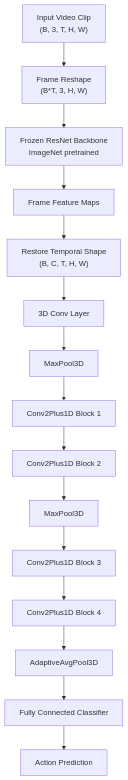
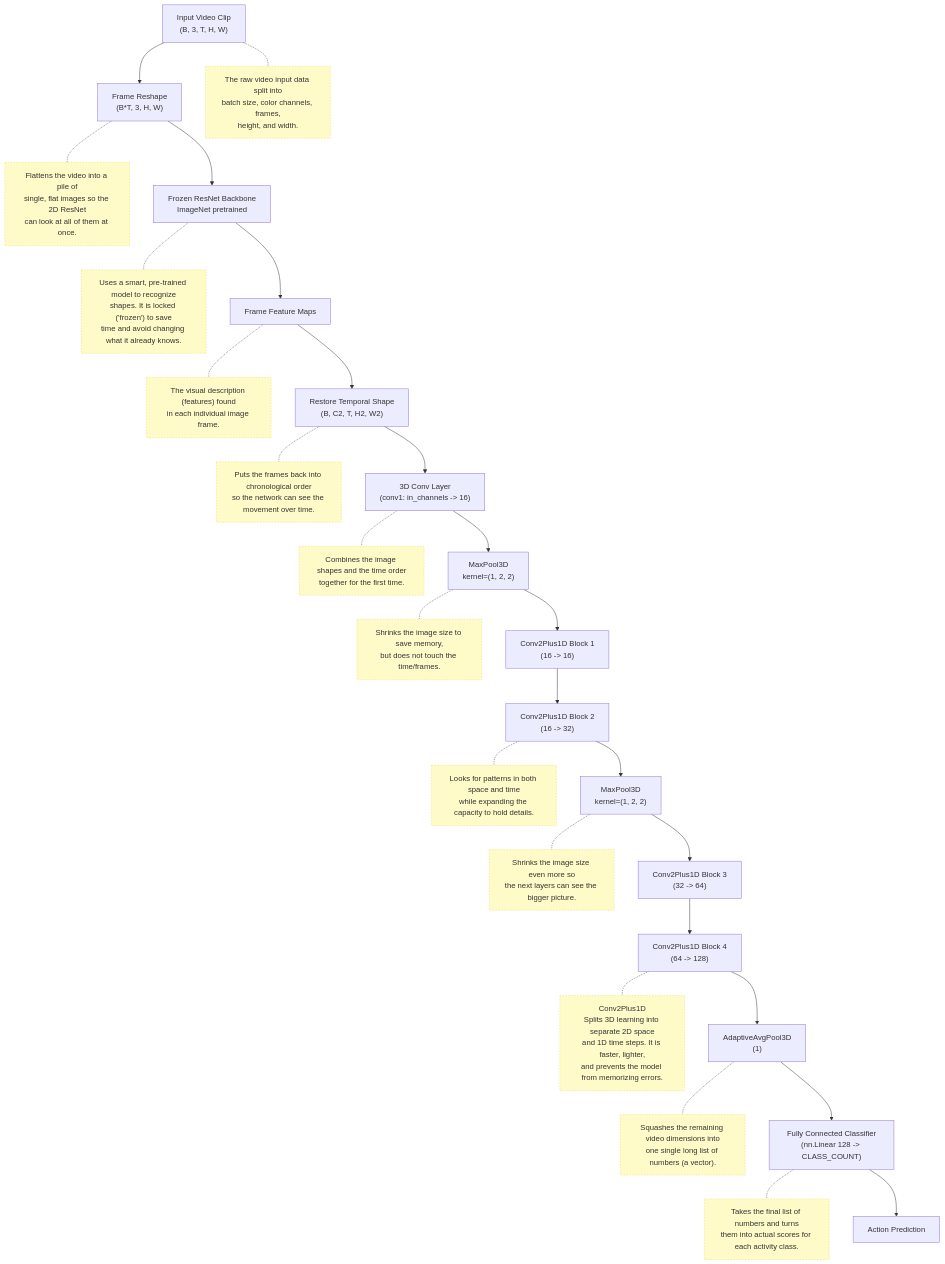
Before and after one commit to Magda1103/Problem-Workshop-in-Software-Engineering: the third of 5 diagrams in PROJECT_DOCUMENTATION.md, drawn with Mermaid. The commit also changed 1 other file, not shown here.

Commit message:
Fix Model Architecture diagram

````diff
--- a/PROJECT_DOCUMENTATION.md
+++ b/PROJECT_DOCUMENTATION.md
@@ -238,17 +238,66 @@
 ```mermaid
 flowchart TD
+    classDef noteStyle fill:#fffbc8,stroke:#e6db55,stroke-width:1px,stroke-dasharray: 3 3,color:#333;
+
     V["Input Video Clip<br/>(B, 3, T, H, W)"] --> R["Frame Reshape<br/>(B*T, 3, H, W)"]
+    
+    N_Input["The raw video input data split into<br/>batch size, color channels, frames,<br/>height, and width."]:::noteStyle
+    V -.- N_Input
+    
+    N_Reshape["Flattens the video into a pile of<br/>single, flat images so the 2D ResNet<br/>can look at all of them at once."]:::noteStyle
+    R -.- N_Reshape
+
     R --> B["Frozen ResNet Backbone<br/>ImageNet pretrained"]
+    
+    N_Backbone["Uses a smart, pre-trained model to recognize<br/>shapes. It is locked ('frozen') to save<br/>time and avoid changing what it already knows."]:::noteStyle
+    B -.- N_Backbone
+
     B --> F["Frame Feature Maps"]
-    F --> T["Restore Temporal Shape<br/>(B, C, T, H, W)"]
-    T --> C1["3D Conv Layer"]
-    C1 --> P1["MaxPool3D"]
-    P1 --> B1["Conv2Plus1D Block 1"]
-    B1 --> B2["Conv2Plus1D Block 2"]
-    B2 --> P2["MaxPool3D"]
-    P2 --> B3["Conv2Plus1D Block 3"]
-    B3 --> B4["Conv2Plus1D Block 4"]
-    B4 --> GAP["AdaptiveAvgPool3D"]
-    GAP --> FC["Fully Connected Classifier"]
+    
+    N_Feat["The visual description (features) found<br/>in each individual image frame."]:::noteStyle
+    F -.- N_Feat
+
+    F --> T["Restore Temporal Shape<br/>(B, C2, T, H2, W2)"]
+    
+    N_Restore["Puts the frames back into chronological order<br/>so the network can see the movement over time."]:::noteStyle
+    T -.- N_Restore
+    
+    T --> C1["3D Conv Layer<br/>(conv1: in_channels -> 16)"]
+    
+    N_C1["Combines the image shapes and the time order<br/>together for the first time."]:::noteStyle
+    C1 -.- N_C1
+
+    C1 --> P1["MaxPool3D<br/>kernel=(1, 2, 2)"]
+    
+    N_Pool1["Shrinks the image size to save memory,<br/>but does not touch the time/frames."]:::noteStyle
+    P1 -.- N_Pool1
+
+    P1 --> B1["Conv2Plus1D Block 1<br/>(16 -> 16)"]
+    B1 --> B2["Conv2Plus1D Block 2<br/>(16 -> 32)"]
+    
+    N_B12["Looks for patterns in both space and time<br/>while expanding the capacity to hold details."]:::noteStyle
+    B2 -.- N_B12
+    
+    B2 --> P2["MaxPool3D<br/>kernel=(1, 2, 2)"]
+    
+    N_Pool2["Shrinks the image size even more so<br/>the next layers can see the bigger picture."]:::noteStyle
+    P2 -.- N_Pool2
+    
+    P2 --> B3["Conv2Plus1D Block 3<br/>(32 -> 64)"]
+    B3 --> B4["Conv2Plus1D Block 4<br/>(64 -> 128)"]
+    
+    N_Block["Conv2Plus1D<br/>Splits 3D learning into separate 2D space<br/>and 1D time steps. It is faster, lighter,<br/>and prevents the model from memorizing errors."]:::noteStyle
+    B4 -.- N_Block
+
+    B4 --> GAP["AdaptiveAvgPool3D<br/>(1)"]
+    
+    N_GAP["Squashes the remaining video dimensions into<br/>one single long list of numbers (a vector)."]:::noteStyle
+    GAP -.- N_GAP
+
+    GAP --> FC["Fully Connected Classifier<br/>(nn.Linear 128 -> CLASS_COUNT)"]
+    
+    N_FC["Takes the final list of numbers and turns<br/>them into actual scores for each activity class."]:::noteStyle
+    FC -.- N_FC
+
     FC --> OUT["Action Prediction"]
 ```
````
